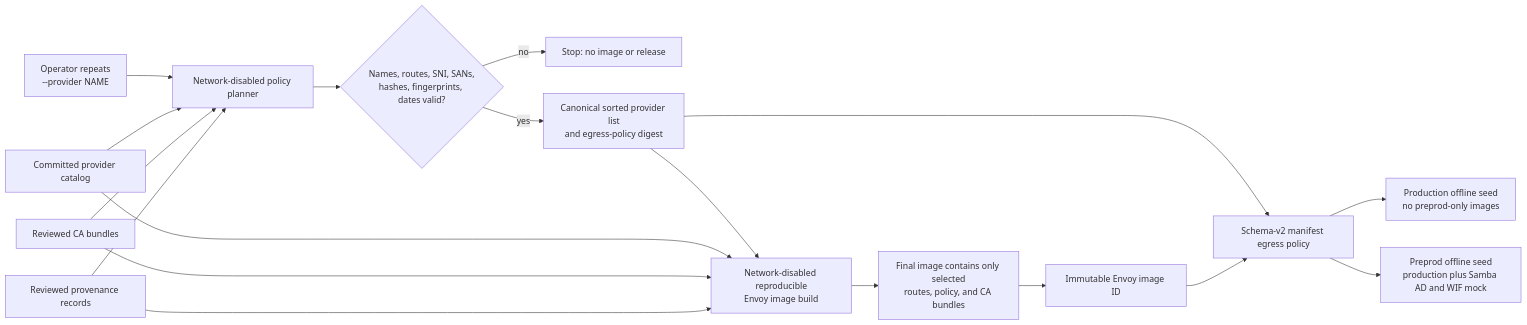
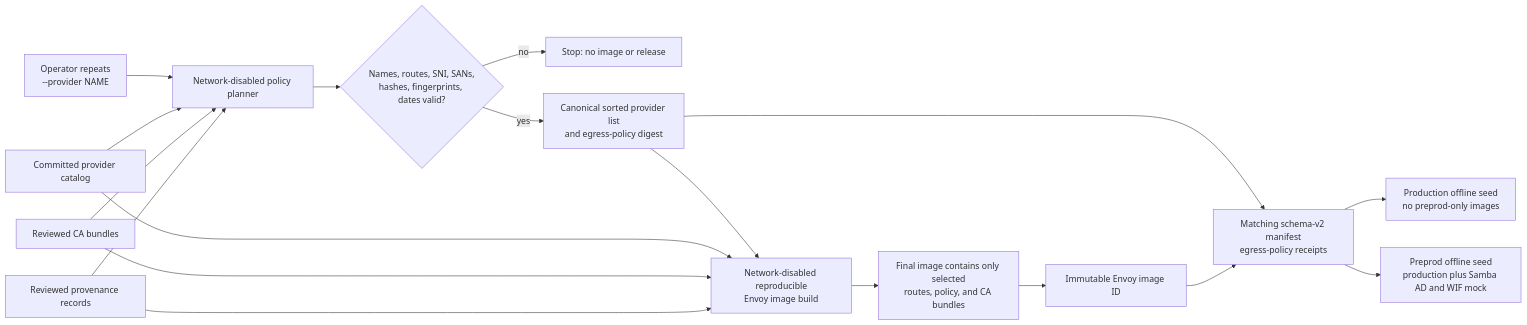
Before and after one commit to derhornspieler/ai-gateway: diagram 11 of 14 in docs/architecture-diagrams.md, drawn with Mermaid. The commit also changed other lines of this file and 33 other files, not shown here.

````diff
--- a/docs/architecture-diagrams.md
+++ b/docs/architecture-diagrams.md
@@ -311,20 +336,20 @@
 ```mermaid
 flowchart LR
   OP[Operator repeats<br/>--provider NAME] --> PLAN[Network-disabled policy planner]
   CAT[Committed provider catalog] --> PLAN
   CA[Reviewed CA bundles] --> PLAN
   PROV[Reviewed provenance records] --> PLAN
   PLAN --> CHECK{Names, routes, SNI, SANs,<br/>hashes, fingerprints, dates valid?}
   CHECK -- no --> STOP[Stop: no image or release]
   CHECK -- yes --> CANON[Canonical sorted provider list<br/>and egress-policy digest]
   CANON --> BUILD[Network-disabled reproducible<br/>Envoy image build]
   CAT --> BUILD
   CA --> BUILD
   PROV --> BUILD
   BUILD --> ONLY[Final image contains only selected<br/>routes, policy, and CA bundles]
   ONLY --> ID[Immutable Envoy image ID]
-  CANON --> MAN[Schema-v2 manifest egress policy]
+  CANON --> MAN[Matching schema-v2 manifest<br/>egress-policy receipts]
   ID --> MAN
   MAN --> PROD[Production offline seed<br/>no preprod-only images]
   MAN --> PRE[Preprod offline seed<br/>production plus Samba AD and WIF mock]
 ```
````
